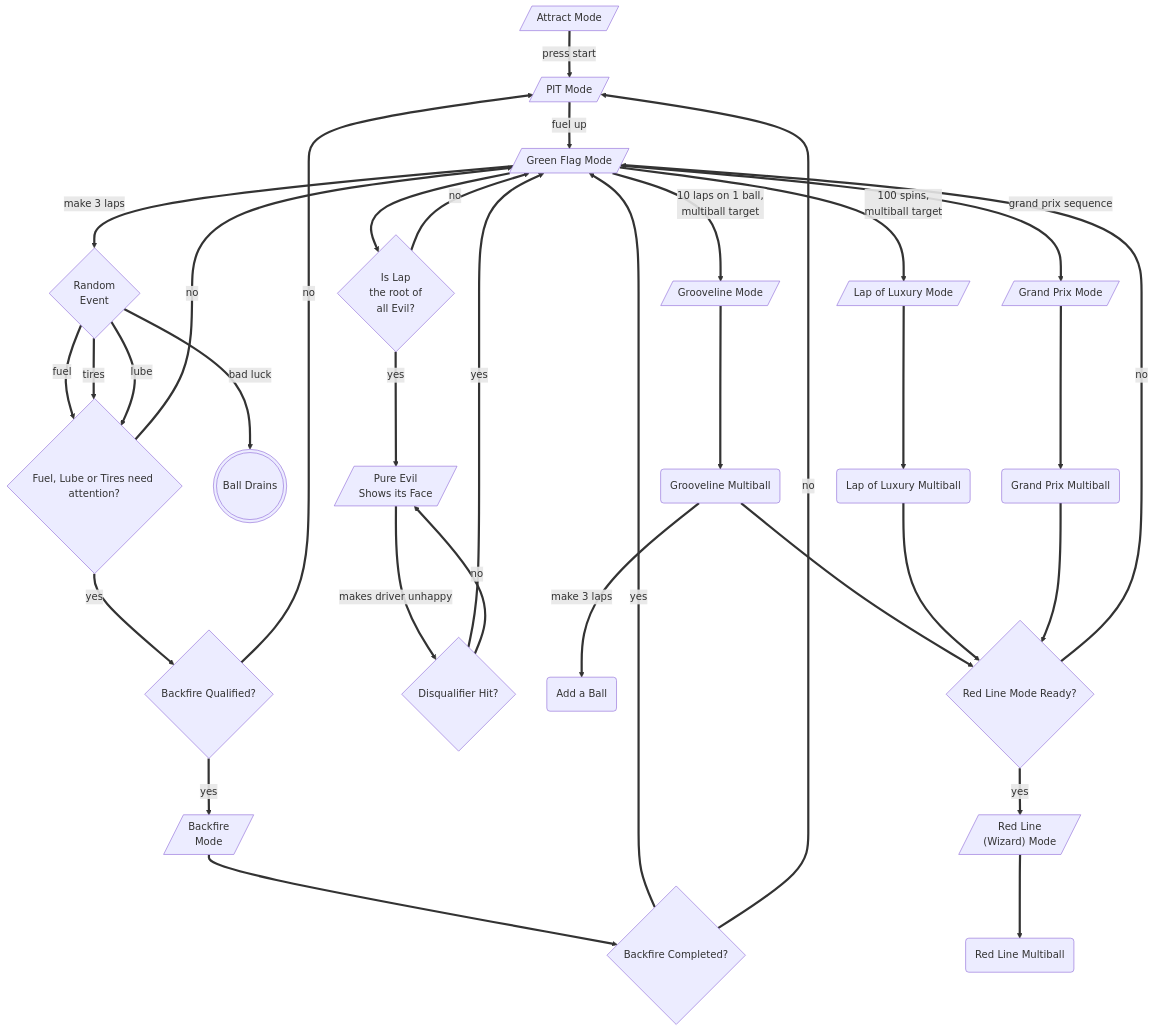
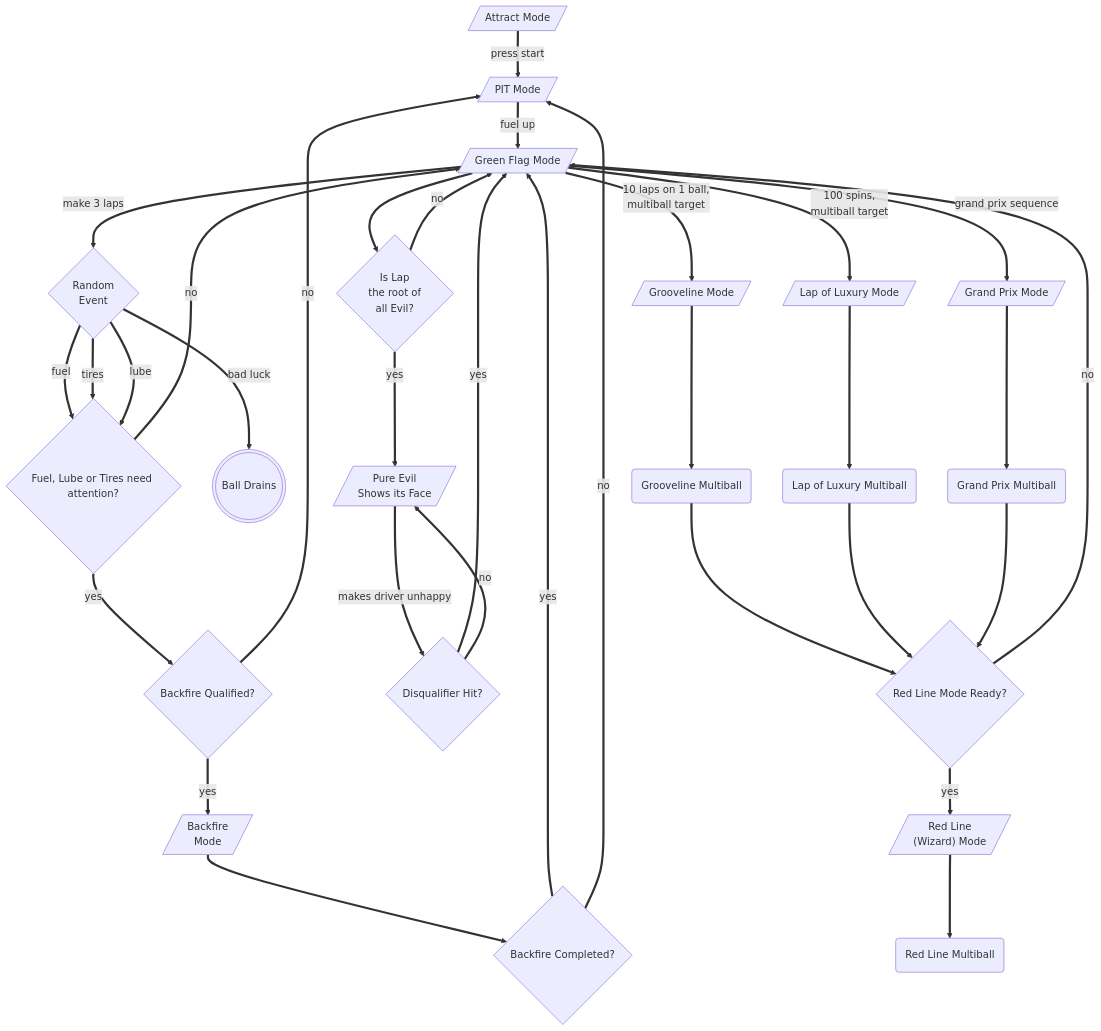
One commit to deathsave/grand-prix changed the diagram in docs/logic/index.md. Above: the diagram before and after it, drawn with Mermaid. The commit also changed 15 other files, not shown here.

````diff
--- a/docs/logic/index.md
+++ b/docs/logic/index.md
@@ -28,38 +28,37 @@
 ```mermaid
 graph TD
   ATTRACT[/"Attract Mode"/] == press start ==> PIT[/"PIT Mode"/]
   PIT == fuel up ==> GREEN_FLAG[/"Green Flag Mode"/]
   GREEN_FLAG == make 3 laps ==> RANDOM1{"Random<br>Event"}
   GREEN_FLAG ==> IS_LAP_EVIL{"Is Lap<br>the root of<br>all Evil?"}
   GREEN_FLAG == 10 laps on 1 ball,<br>multiball target ==> GL_MODE[/"Grooveline Mode"/]
   GREEN_FLAG == 100 spins,<br>multiball target ==> LUX_MODE[/"Lap of Luxury Mode"/]
   GREEN_FLAG == grand prix sequence ==> GP_MODE[/"Grand Prix Mode"/]
   RANDOM1 == fuel ==>
     IS_NEED_PIT{"Fuel, Lube or Tires need attention?"}
   RANDOM1 == tires ==> IS_NEED_PIT
   RANDOM1 == lube ==> IS_NEED_PIT
   RANDOM1 == bad luck ==> BALL_DRAINS((("Ball Drains")))
   IS_NEED_PIT == yes ==> IS_BACKFIRE_QUALIFIED{"Backfire Qualified?"}
   IS_BACKFIRE_QUALIFIED == yes ==> BACKFIRE_MODE[/"Backfire<br>Mode"/]
   IS_BACKFIRE_QUALIFIED == no ==> PIT
   IS_LAP_EVIL == yes ==> PURE_EVIL[/"Pure Evil<br>Shows its Face"/]
   IS_LAP_EVIL == no ==> GREEN_FLAG
   PURE_EVIL == makes driver unhappy ==> IS_DISQUALIFIER_HIT{"Disqualifier Hit?"}
   IS_DISQUALIFIER_HIT{"Disqualifier Hit?"} == yes ==> GREEN_FLAG
   IS_DISQUALIFIER_HIT{"Disqualifier Hit?"} == no ==> PURE_EVIL
   BACKFIRE_MODE ==> IS_BACKFIRE_COMPLETED{"Backfire Completed?"}
   IS_BACKFIRE_COMPLETED == yes ==> GREEN_FLAG
   IS_BACKFIRE_COMPLETED == no ==> PIT
   IS_NEED_PIT == no ==> GREEN_FLAG
   GL_MODE ==> GL_MULTI("Grooveline Multiball")
   LUX_MODE ==> LUX_MULTI("Lap of Luxury Multiball")
   GP_MODE ==> GP_MULTI("Grand Prix Multiball")
-  GL_MULTI == make 3 laps ==> GL_MULTI_ADD_BALL("Add a Ball")
   GL_MULTI ==>
       IS_RF_MODE_READY{"Red Line Mode Ready?"}
   LUX_MULTI ==> IS_RF_MODE_READY
   GP_MULTI ==> IS_RF_MODE_READY
   IS_RF_MODE_READY == yes ==> RF_MODE[/"Red Line<br>(Wizard) Mode"/]
   IS_RF_MODE_READY == no ==> GREEN_FLAG
   RF_MODE ==> RF_MULTI("Red Line Multiball")
 ```
````
